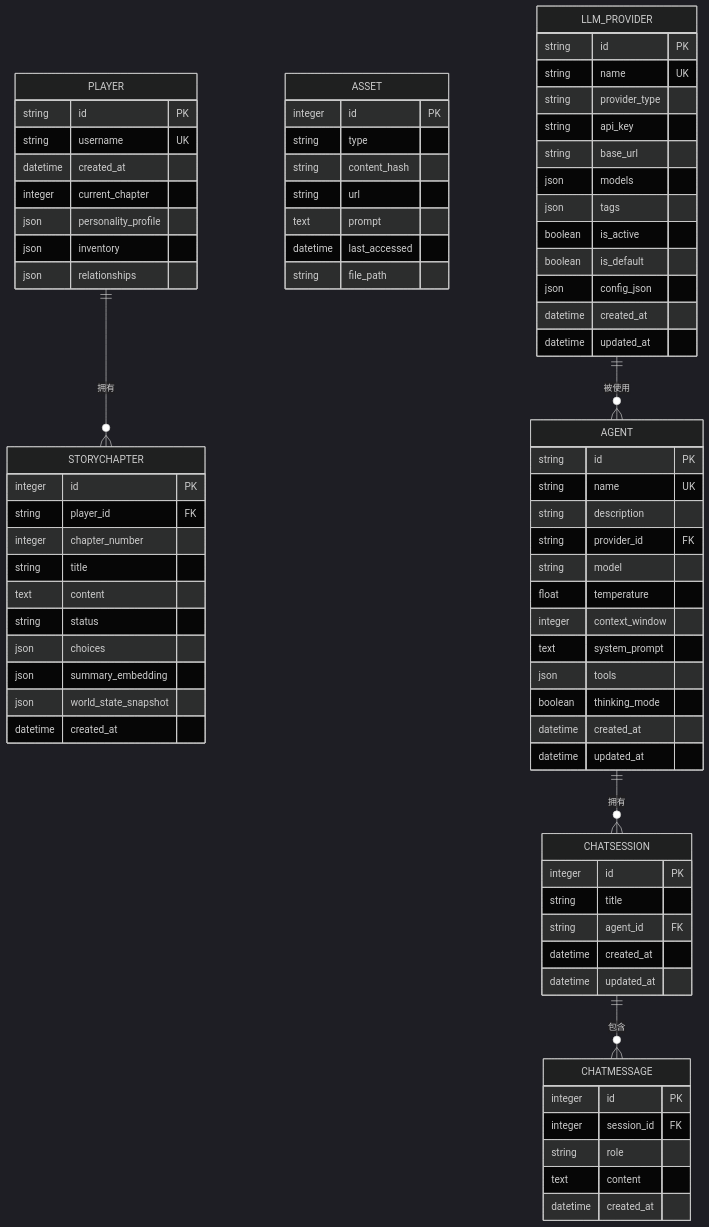
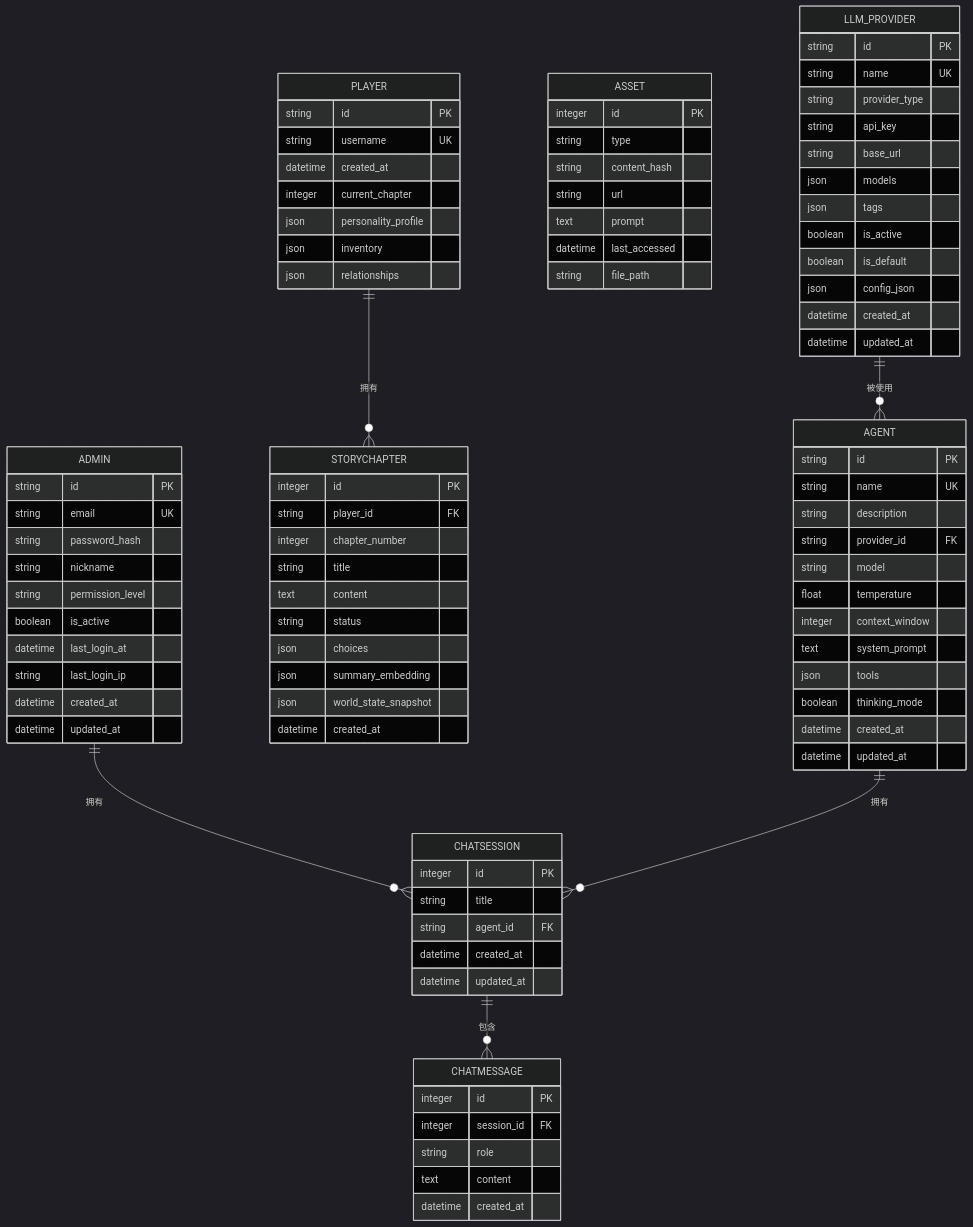
One commit to KunLabAI/KunFlix changed the seventh of 9 diagrams in .qoder/repowiki/zh/content/API接口文档/管理员API.md. Above: the diagram before and after it, drawn with Mermaid (dark theme). The commit also changed other lines of this file and 25 other files, not shown here.

````diff
--- a/.qoder/repowiki/zh/content/API接口文档/管理员API.md
+++ b/.qoder/repowiki/zh/content/API接口文档/管理员API.md
@@ -250,5 +337,17 @@
 ```mermaid
 erDiagram
+ADMIN {
+string id PK
+string email UK
+string password_hash
+string nickname
+string permission_level
+boolean is_active
+datetime last_login_at
+string last_login_ip
+datetime created_at
+datetime updated_at
+}
 PLAYER {
 string id PK
 string username UK
@@ -321,6 +420,7 @@
 text content
 datetime created_at
 }
+ADMIN ||--o{ CHATSESSION : "拥有"
 PLAYER ||--o{ STORYCHAPTER : "拥有"
 LLM_PROVIDER ||--o{ AGENT : "被使用"
 AGENT ||--o{ CHATSESSION : "拥有"
````
